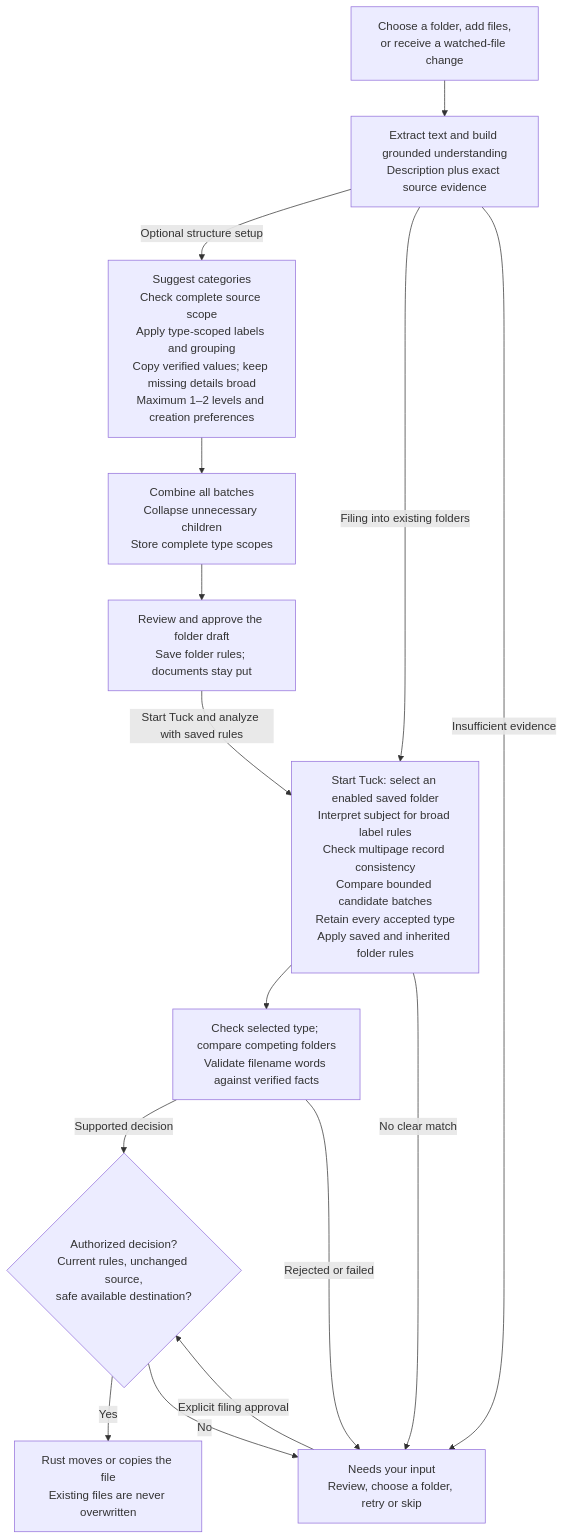
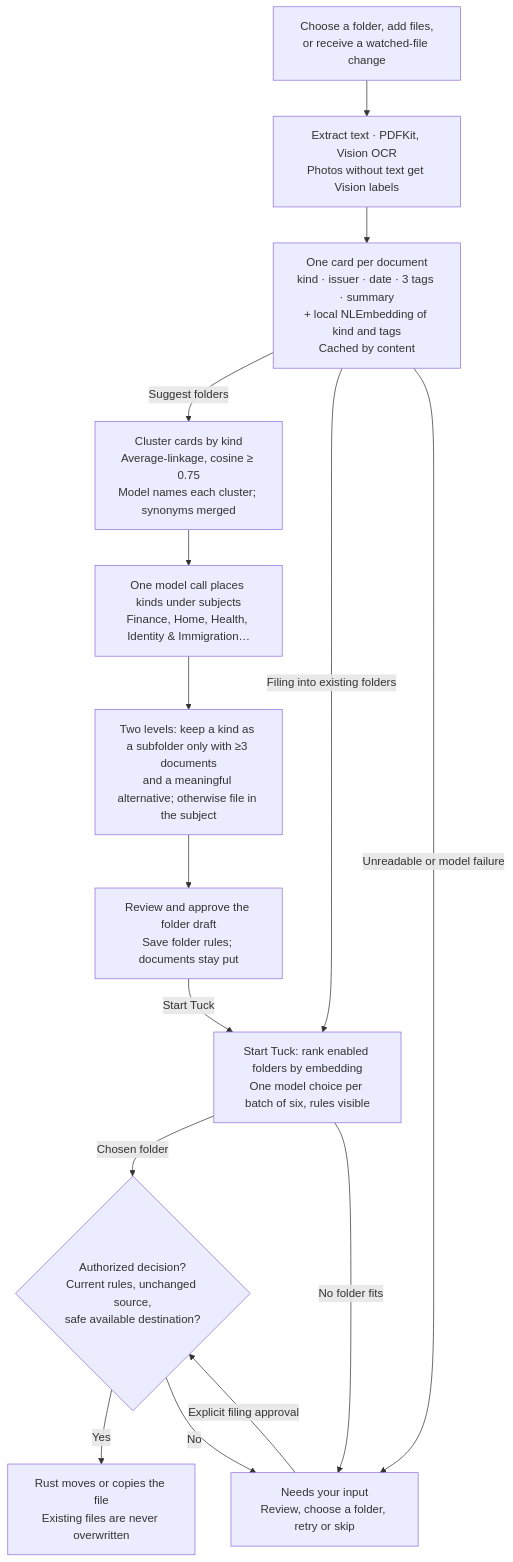
One commit to Haffaz/tuck changed the second of 2 diagrams in docs/architecture.md. Above: the diagram before and after it, drawn with Mermaid. The commit also changed other lines of this file and 28 other files, not shown here.

````diff
--- a/docs/architecture.md
+++ b/docs/architecture.md
@@ -38,26 +38,24 @@
 ```mermaid
 flowchart TD
     INPUT["Choose a folder, add files,<br/>or receive a watched-file change"]
-    READ["Extract text and build grounded understanding<br/>Description plus exact source evidence"]
-    GROUP["Suggest categories<br/>Check complete source scope<br/>Apply type-scoped labels and grouping<br/>Copy verified values; keep missing details broad<br/>Maximum 1–2 levels and creation preferences"]
+    READ["Extract text · PDFKit, Vision OCR<br/>Photos without text get Vision labels"]
+    CARD["One card per document<br/>kind · issuer · date · 3 tags · summary<br/>+ local NLEmbedding of kind and tags<br/>Cached by content"]
+    KINDS["Cluster cards by kind<br/>Average-linkage, cosine ≥ 0.75<br/>Model names each cluster; synonyms merged"]
+    SUBJECTS["One model call places kinds under subjects<br/>Finance, Home, Health, Identity & Immigration…"]
+    LAYOUT["Two levels: keep a kind as a subfolder only with ≥3 documents<br/>and a meaningful alternative; otherwise file in the subject"]
     APPROVE["Review and approve the folder draft<br/>Save folder rules; documents stay put"]
-    MATCH["Start Tuck: select an enabled saved folder<br/>Interpret subject for broad label rules<br/>Check multipage record consistency<br/>Compare bounded candidate batches<br/>Retain every accepted type<br/>Apply saved and inherited folder rules"]
-    VERIFY["Check selected type; compare competing folders<br/>Validate filename words against verified facts"]
+    MATCH["Start Tuck: rank enabled folders by embedding<br/>One model choice per batch of six, rules visible"]
     CHECK{"Authorized decision?<br/>Current rules, unchanged source,<br/>safe available destination?"}
     WRITE["Rust moves or copies the file<br/>Existing files are never overwritten"]
     REVIEW["Needs your input<br/>Review, choose a folder, retry or skip"]
-    INPUT --> READ
-    READ -->|"Optional structure setup"| GROUP
-    GROUP --> LAYOUT["Combine all batches<br/>Collapse unnecessary children<br/>Store complete type scopes"]
-    LAYOUT --> APPROVE
-    APPROVE -->|"Start Tuck and analyze with saved rules"| MATCH
-    READ -->|"Filing into existing folders"| MATCH
-    MATCH --> VERIFY
-    VERIFY -->|"Supported decision"| CHECK
-    READ -->|"Insufficient evidence"| REVIEW
-    MATCH -->|"No clear match"| REVIEW
-    VERIFY -->|"Rejected or failed"| REVIEW
+    INPUT --> READ --> CARD
+    CARD -->|"Suggest folders"| KINDS --> SUBJECTS --> LAYOUT --> APPROVE
+    APPROVE -->|"Start Tuck"| MATCH
+    CARD -->|"Filing into existing folders"| MATCH
+    CARD -->|"Unreadable or model failure"| REVIEW
+    MATCH -->|"Chosen folder"| CHECK
+    MATCH -->|"No folder fits"| REVIEW
     CHECK -->|"Yes"| WRITE
     CHECK -->|"No"| REVIEW
     REVIEW -->|"Explicit filing approval"| CHECK
 ```
````
